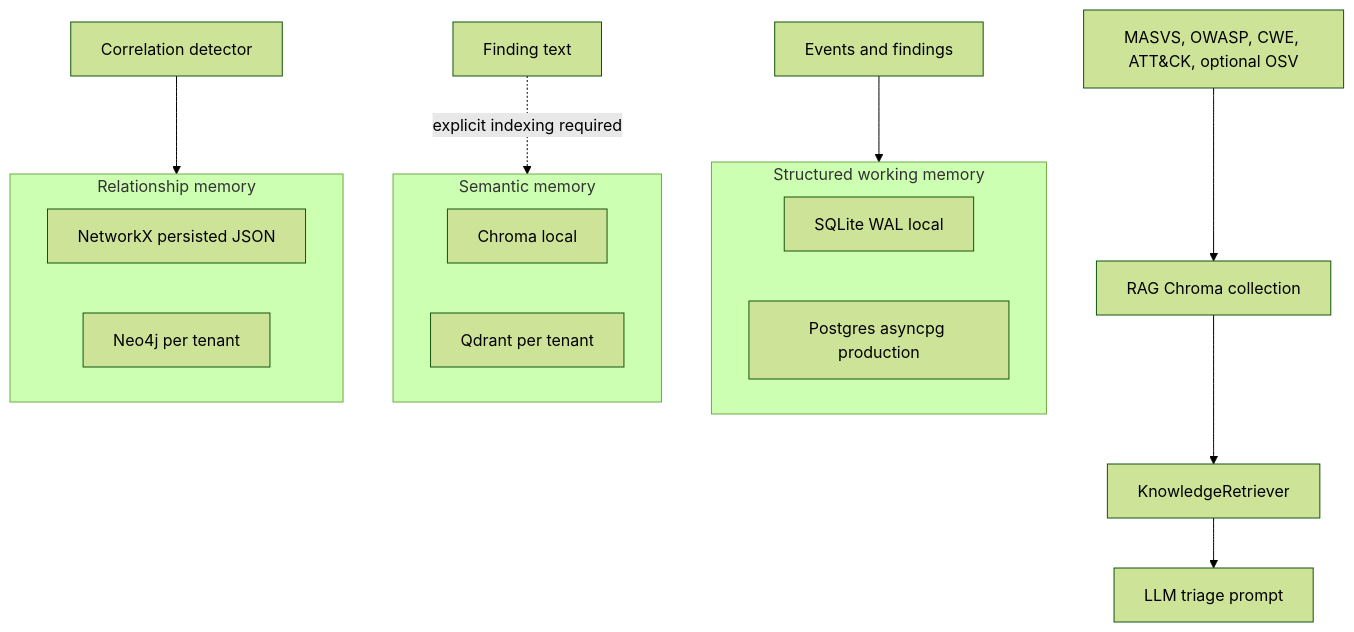
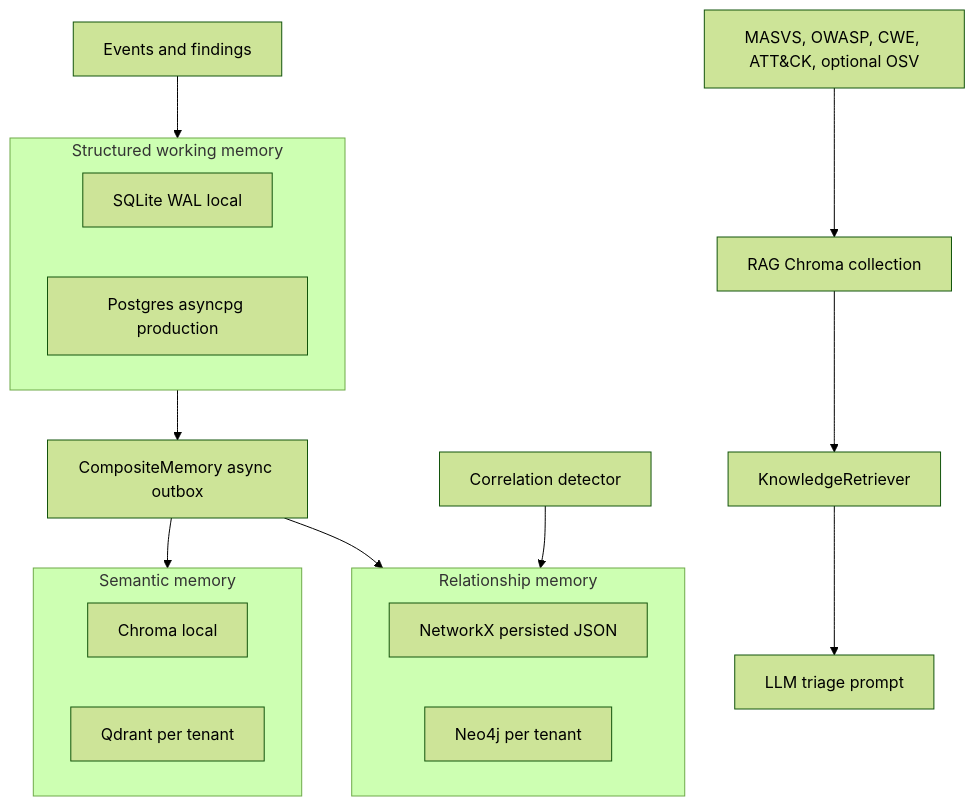
The fourth of 6 diagrams in AllAboutSentinel.md (shambhu332/sentinel), drawn with Mermaid (forest theme) before and after one commit. The commit also changed other lines of this file, not shown here.

Commit message:
Update SENTINEL architecture reference

````diff
--- a/AllAboutSentinel.md
+++ b/AllAboutSentinel.md
@@ -674,22 +679,24 @@
 ```mermaid
 flowchart TB
     E[Events and findings] --> T1
-    F[Finding text] -. explicit indexing required .-> T2
+    T1 --> O[CompositeMemory async outbox]
+    O --> T2
+    O --> T3
     C[Correlation detector] --> T3
     K[MASVS, OWASP, CWE, ATT&CK, optional OSV] --> KB[RAG Chroma collection]
     KB --> RET[KnowledgeRetriever]
     RET --> TRI[LLM triage prompt]
 
     subgraph T1[Structured working memory]
         SQLite[SQLite WAL local]
         PG[Postgres asyncpg production]
     end
     subgraph T2[Semantic memory]
         LChroma[Chroma local]
         Qdrant[Qdrant per tenant]
     end
     subgraph T3[Relationship memory]
         NX[NetworkX persisted JSON]
         Neo[Neo4j per tenant]
     end
 ```
````
